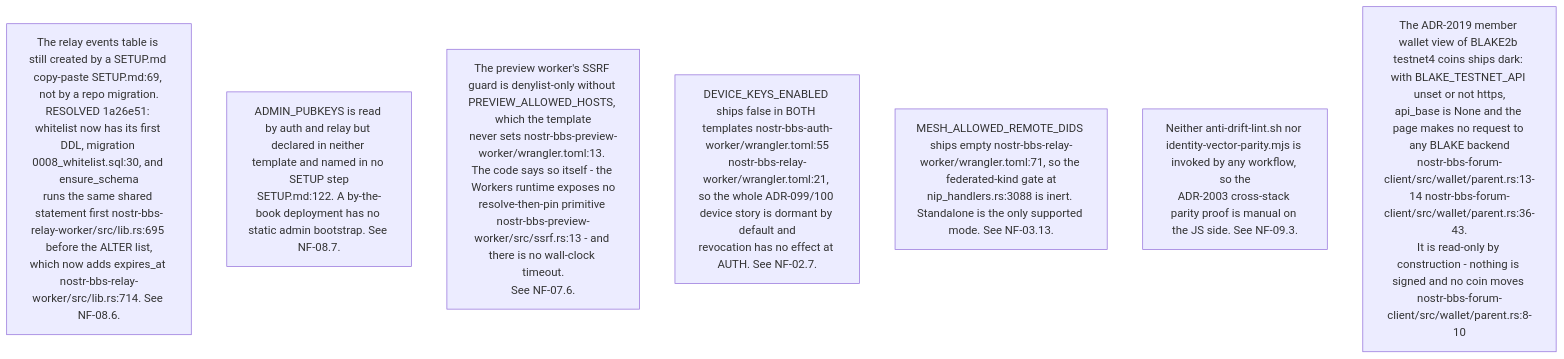
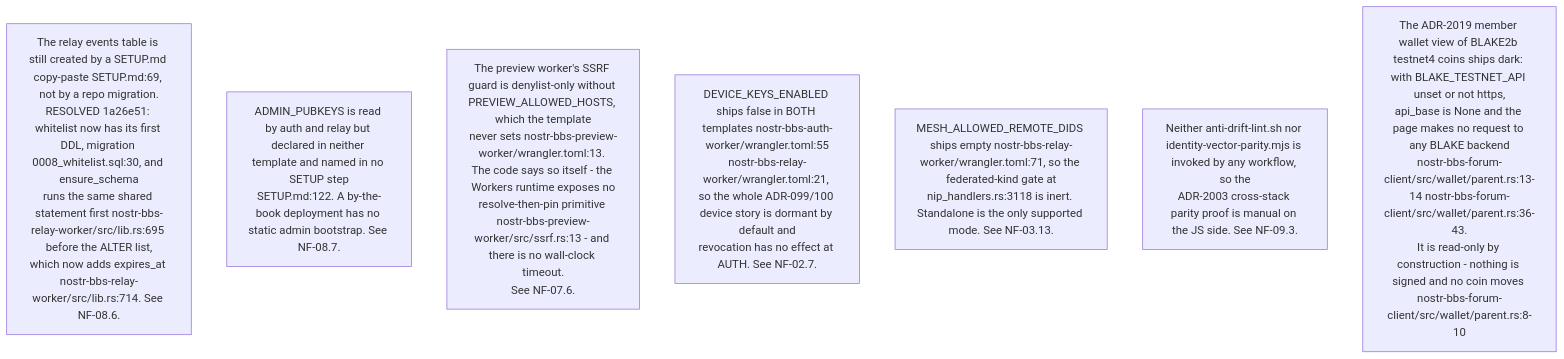
Before and after one commit to DreamLab-AI/VisionFlow: the sixth of 10 diagrams in docs/diagrams/nostr-rust-forum/10-invariants-and-anomaly-register.md, drawn with Mermaid. The commit also changed other lines of this file and 111 other files, not shown here.

Commit message:
docs(diagrams): align estate maps with current source

````diff
--- a/docs/diagrams/nostr-rust-forum/10-invariants-and-anomaly-register.md
+++ b/docs/diagrams/nostr-rust-forum/10-invariants-and-anomaly-register.md
@@ -135,10 +137,10 @@
 ```mermaid
 flowchart TB
     S1["The relay events table is still created by a SETUP.md copy-paste SETUP.md:69, not by a repo migration.<br/>RESOLVED 1a26e51: whitelist now has its first DDL, migration 0008_whitelist.sql:30, and ensure_schema<br/>runs the same shared statement first nostr-bbs-relay-worker/src/lib.rs:695 before the ALTER list,<br/>which now adds expires_at nostr-bbs-relay-worker/src/lib.rs:714. See NF-08.6."]
     S2["ADMIN_PUBKEYS is read by auth and relay but declared in neither template and named in no SETUP step<br/>SETUP.md:122. A by-the-book deployment has no static admin bootstrap. See NF-08.7."]
     S3["The preview worker's SSRF guard is denylist-only without PREVIEW_ALLOWED_HOSTS, which the template<br/>never sets nostr-bbs-preview-worker/wrangler.toml:13. The code says so itself - the Workers runtime exposes no<br/>resolve-then-pin primitive nostr-bbs-preview-worker/src/ssrf.rs:13 - and there is no wall-clock timeout.<br/>See NF-07.6."]
     S4["DEVICE_KEYS_ENABLED ships false in BOTH templates nostr-bbs-auth-worker/wrangler.toml:55<br/>nostr-bbs-relay-worker/wrangler.toml:21, so the whole ADR-099/100 device story is dormant by default and<br/>revocation has no effect at AUTH. See NF-02.7."]
-    S5["MESH_ALLOWED_REMOTE_DIDS ships empty nostr-bbs-relay-worker/wrangler.toml:71, so the federated-kind gate at<br/>nip_handlers.rs:3088 is inert. Standalone is the only supported mode. See NF-03.13."]
+    S5["MESH_ALLOWED_REMOTE_DIDS ships empty nostr-bbs-relay-worker/wrangler.toml:71, so the federated-kind gate at<br/>nip_handlers.rs:3118 is inert. Standalone is the only supported mode. See NF-03.13."]
     S6["Neither anti-drift-lint.sh nor identity-vector-parity.mjs is invoked by any workflow, so the<br/>ADR-2003 cross-stack parity proof is manual on the JS side. See NF-09.3."]
     S7["The ADR-2019 member wallet view of BLAKE2b testnet4 coins ships dark: with BLAKE_TESTNET_API unset or not https,<br/>api_base is None and the page makes no request to any BLAKE backend<br/>nostr-bbs-forum-client/src/wallet/parent.rs:13-14 nostr-bbs-forum-client/src/wallet/parent.rs:36-43.<br/>It is read-only by construction - nothing is signed and no coin moves nostr-bbs-forum-client/src/wallet/parent.rs:8-10"]
 ```
````
